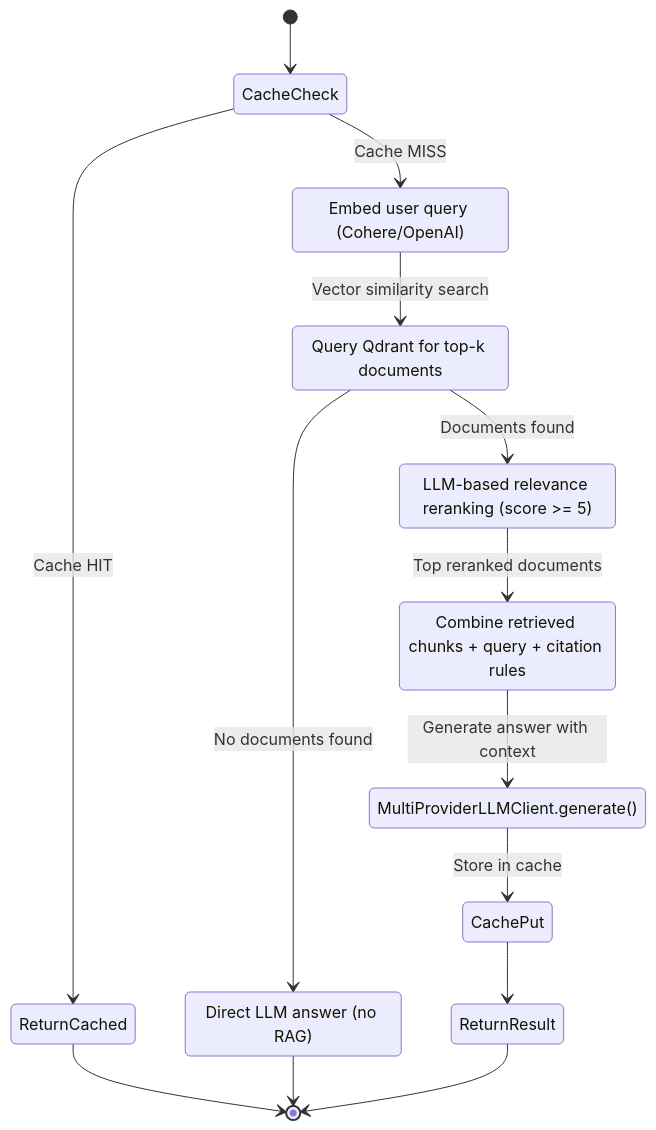
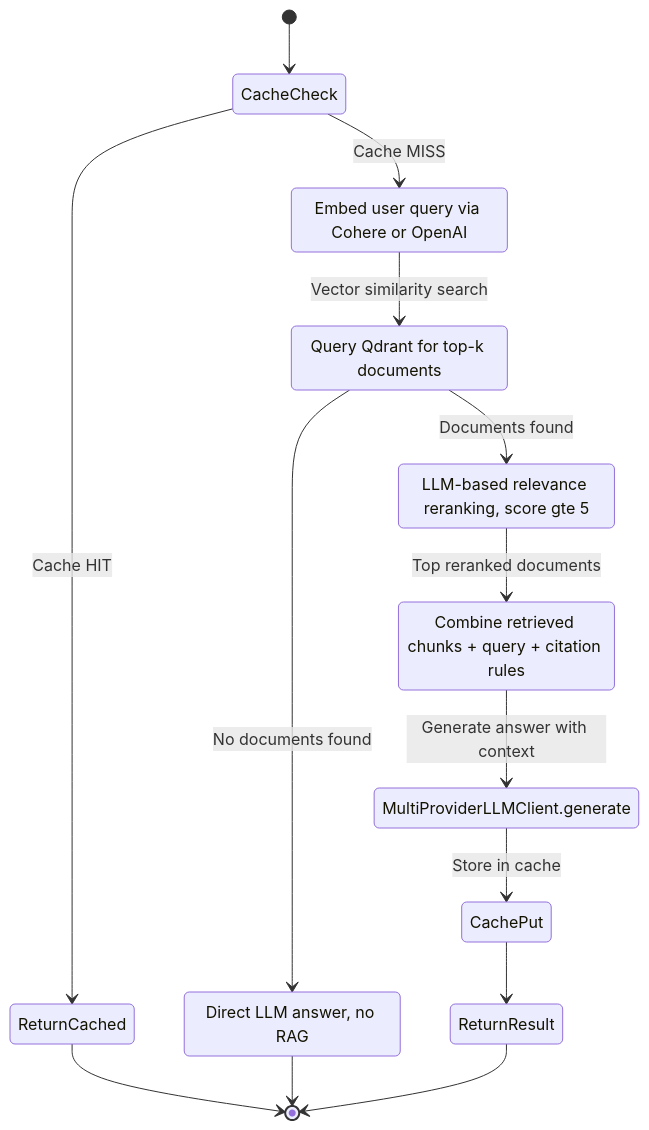
Before and after one commit to Zenobia000/openagent_backend: the third of 7 diagrams in Architecture_Refactoring_Toolkit/project_docs/11_processing_mode_state_machines.md, drawn with Mermaid. The commit also changed other lines of this file and 56 other files, not shown here.

````diff
--- a/Architecture_Refactoring_Toolkit/project_docs/11_processing_mode_state_machines.md
+++ b/Architecture_Refactoring_Toolkit/project_docs/11_processing_mode_state_machines.md
@@ -168,29 +174,29 @@
 ```mermaid
 stateDiagram-v2
     [*] --> CacheCheck
     state CacheCheck <<choice>>
     CacheCheck --> ReturnCached: Cache HIT
     CacheCheck --> GenerateEmbeddings: Cache MISS
 
-    GenerateEmbeddings: Embed user query (Cohere/OpenAI)
+    GenerateEmbeddings: Embed user query via Cohere or OpenAI
     GenerateEmbeddings --> SearchVectorDB: Vector similarity search
     SearchVectorDB: Query Qdrant for top-k documents
 
     state SearchVectorDB <<choice>>
     SearchVectorDB --> LLMFallback: No documents found
     SearchVectorDB --> RerankDocuments: Documents found
 
-    RerankDocuments: LLM-based relevance reranking (score >= 5)
+    RerankDocuments: LLM-based relevance reranking, score gte 5
     RerankDocuments --> SynthesizeContext: Top reranked documents
 
-    LLMFallback: Direct LLM answer (no RAG)
+    LLMFallback: Direct LLM answer, no RAG
     LLMFallback --> [*]
 
     SynthesizeContext: Combine retrieved chunks + query + citation rules
     SynthesizeContext --> CallLLM: Generate answer with context
-    CallLLM: MultiProviderLLMClient.generate()
+    CallLLM: MultiProviderLLMClient.generate
     CallLLM --> CachePut: Store in cache
     CachePut --> ReturnResult
     ReturnCached --> [*]
     ReturnResult --> [*]
 ```
````
